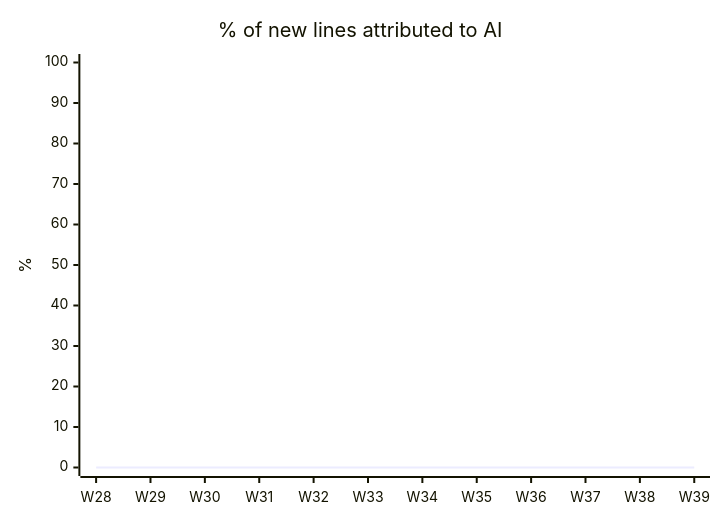
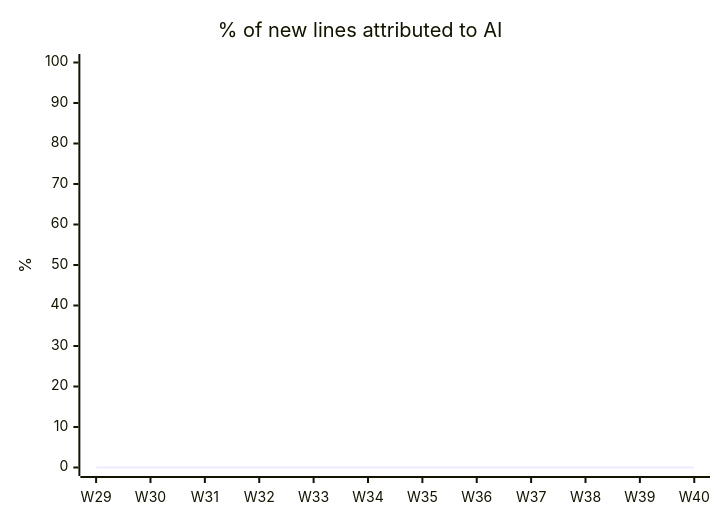
The diagram in docs/AI_USAGE.md (fromwaydowntown/ai-use), drawn with Mermaid before and after one commit. The commit also changed other lines of this file, not shown here.

````diff
--- a/docs/AI_USAGE.md
+++ b/docs/AI_USAGE.md
@@ -17,7 +17,7 @@
 ```mermaid
 xychart-beta
     title "% of new lines attributed to AI"
-    x-axis ["W28", "W29", "W30", "W31", "W32", "W33", "W34", "W35", "W36", "W37", "W38", "W39"]
+    x-axis ["W29", "W30", "W31", "W32", "W33", "W34", "W35", "W36", "W37", "W38", "W39", "W40"]
     y-axis "%" 0 --> 100
     line [0, 0, 0, 0, 0, 0, 0, 0, 0, 0, 0, 0]
 ```
````
